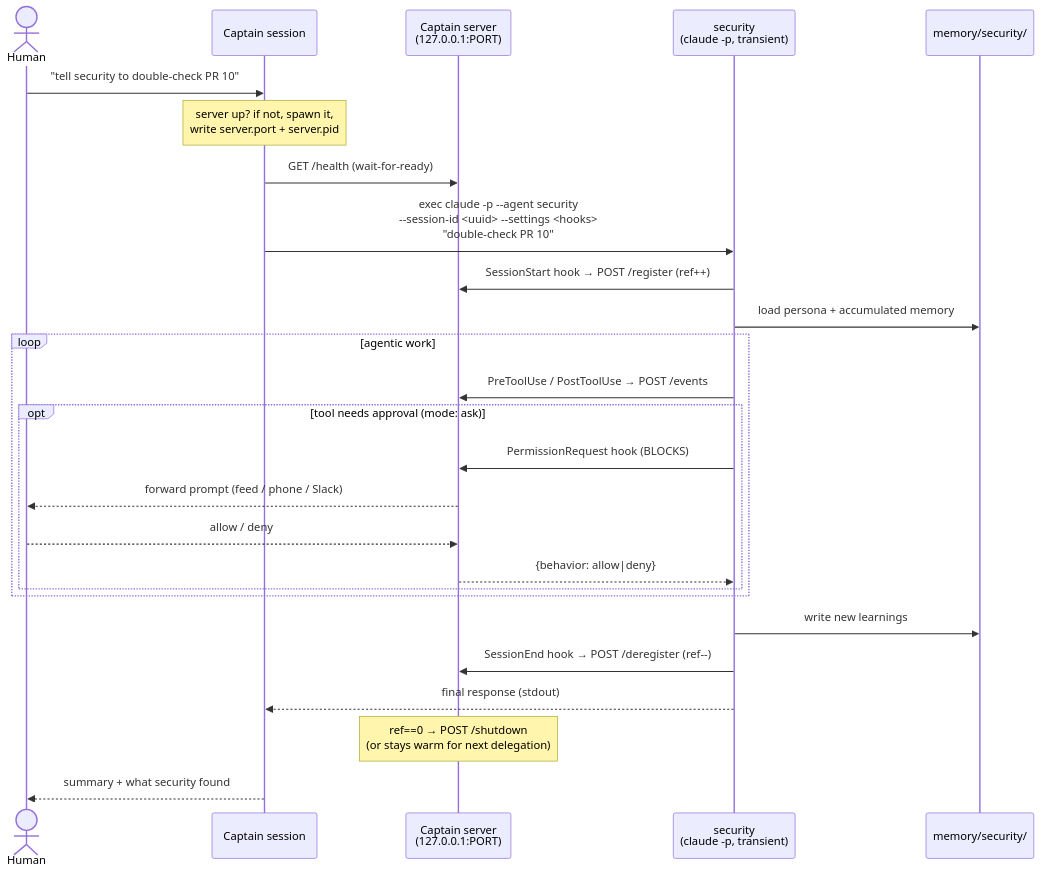
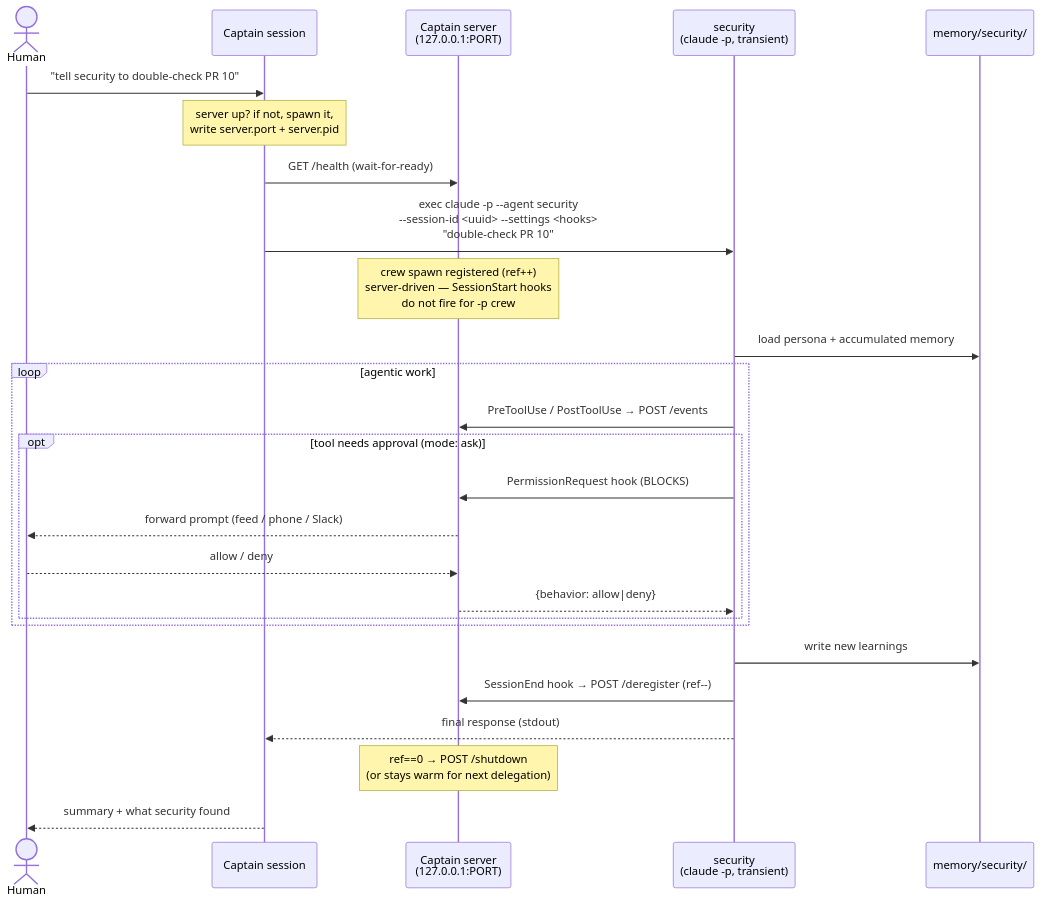
One commit to luthermonson/shipmates changed the second of 4 diagrams in docs/diagrams.md. Above: the diagram before and after it, drawn with Mermaid. The commit also changed other lines of this file and 7 other files, not shown here.

````diff
--- a/docs/diagrams.md
+++ b/docs/diagrams.md
@@ -67,30 +67,30 @@
 ```mermaid
 sequenceDiagram
     actor Human
     participant Captain as Captain session
     participant Srv as Captain server<br/>(127.0.0.1:PORT)
     participant Crew as security<br/>(claude -p, transient)
     participant Mem as memory/security/
 
     Human->>Captain: "tell security to double-check PR 10"
     Note over Captain: server up? if not, spawn it,<br/>write server.port + server.pid
     Captain->>Srv: GET /health (wait-for-ready)
     Captain->>Crew: exec claude -p --agent security<br/>--session-id <uuid> --settings <hooks><br/>"double-check PR 10"
 
-    Crew->>Srv: SessionStart hook → POST /register (ref++)
+    Note over Srv: crew spawn registered (ref++)<br/>server-driven — SessionStart hooks<br/>do not fire for -p crew
     Crew->>Mem: load persona + accumulated memory
     loop agentic work
         Crew->>Srv: PreToolUse / PostToolUse → POST /events
         opt tool needs approval (mode: ask)
             Crew->>Srv: PermissionRequest hook (BLOCKS)
             Srv-->>Human: forward prompt (feed / phone / Slack)
             Human-->>Srv: allow / deny
             Srv-->>Crew: {behavior: allow|deny}
         end
     end
     Crew->>Mem: write new learnings
     Crew->>Srv: SessionEnd hook → POST /deregister (ref--)
     Crew-->>Captain: final response (stdout)
     Note over Srv: ref==0 → POST /shutdown<br/>(or stays warm for next delegation)
     Captain-->>Human: summary + what security found
 ```
````
